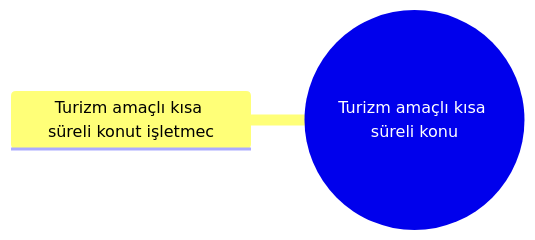
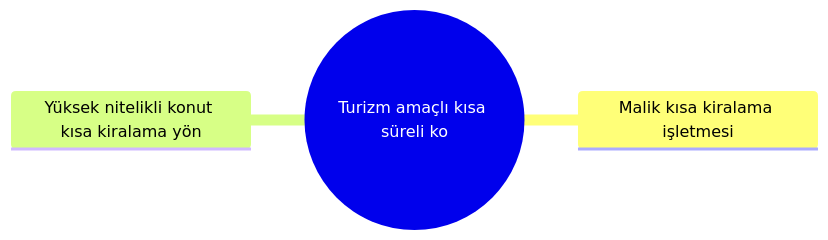
One commit to sametkarabulut-dev/xfuturepos-v2 changed the diagram in 02 İşletmeler/09 Emlak & Gayrimenkul/Turizm amaçlı kısa süreli konut işletmeciliği/Dal – Turizm amaçlı kısa süreli konut işletmeciliği.md. Above: the diagram before and after it, drawn with Mermaid. The commit also changed other lines of this file and 241 other files, not shown here.

````diff
--- a/02 İşletmeler/09 Emlak & Gayrimenkul/Turizm amaçlı kısa süreli konut işletmeciliği/Dal – Turizm amaçlı kısa süreli konut işletmeciliği.md
+++ b/02 İşletmeler/09 Emlak & Gayrimenkul/Turizm amaçlı kısa süreli konut işletmeciliği/Dal – Turizm amaçlı kısa süreli konut işletmeciliği.md
@@ -22,5 +23,6 @@
 ```mermaid
 mindmap
-  root((Turizm amaçlı kısa süreli konu))
-    Turizm amaçlı kısa süreli konut işletmec
+  root((Turizm amaçlı kısa süreli ko))
+    Malik kısa kiralama işletmesi
+    Yüksek nitelikli konut kısa kiralama yön
 ```
````
